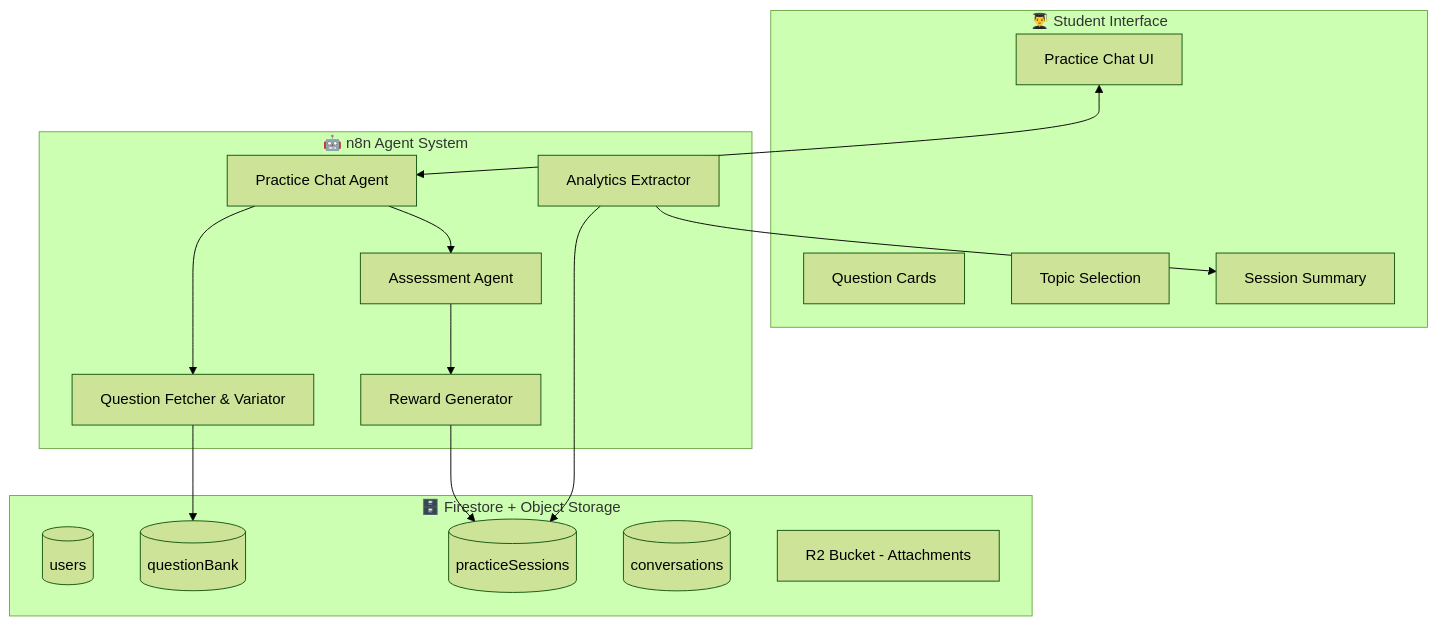
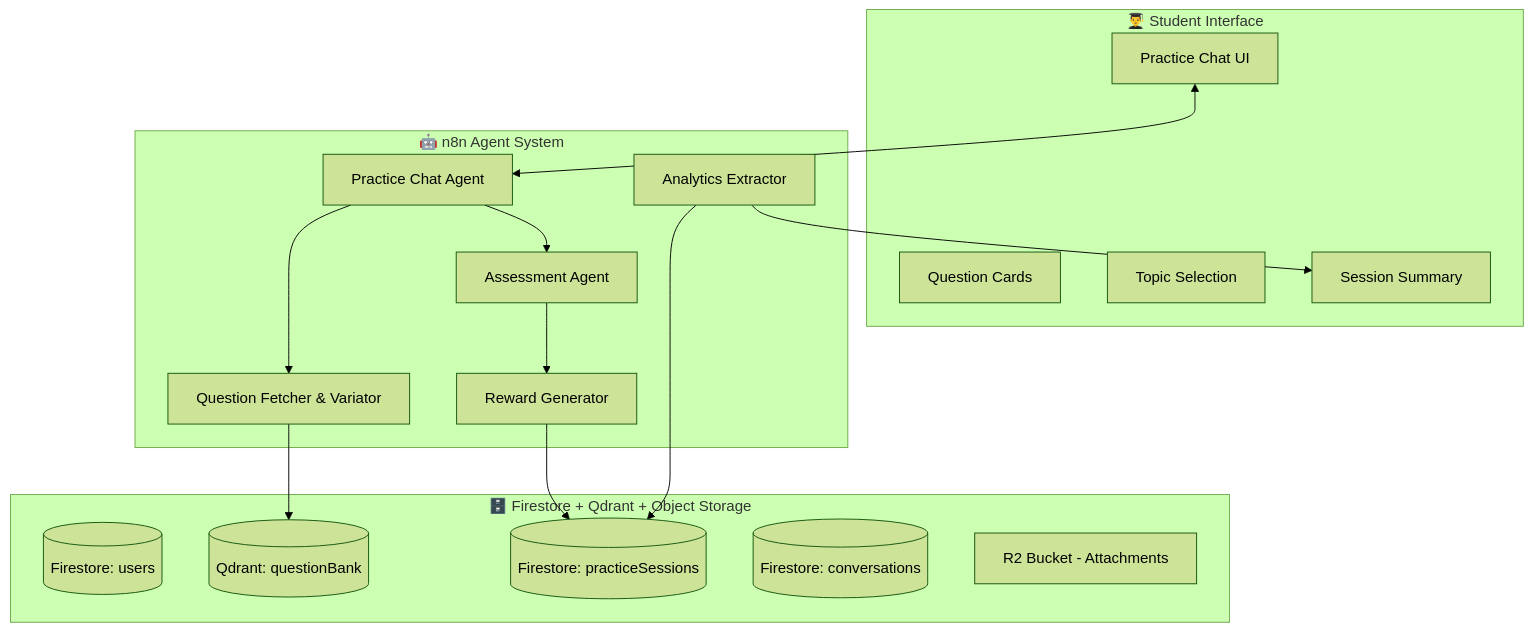
One commit to sam-cruzz/knowledgehunt changed the first of 9 diagrams in README.md. Above: the diagram before and after it, drawn with Mermaid (forest theme). The commit also changed other lines of this file, not shown here.

First line of the commit message:
Integrate Qdrant for question storage and retrieval

````diff
--- a/README.md
+++ b/README.md
@@ -23,34 +23,34 @@
 ```mermaid
 flowchart TB
     subgraph Student["👨‍🎓 Student Interface"]
         S1[Practice Chat UI]
         S2[Question Cards]
         S3[Topic Selection]
         S4[Session Summary]
     end
 
     subgraph Agents["🤖 n8n Agent System"]
         A1[Practice Chat Agent]
         A2[Question Fetcher & Variator]
         A3[Assessment Agent]
         A4[Reward Generator]
         A5[Analytics Extractor]
     end
 
-    subgraph Storage["🗄️ Firestore + Object Storage"]
-        DB1[(users)]
-        DB2[(practiceSessions)]
-        DB3[(questionBank)]
-        DB4[(conversations)]
+    subgraph Storage["🗄️ Firestore + Qdrant + Object Storage"]
+        DB1[(Firestore: users)]
+        DB2[(Firestore: practiceSessions)]
+        DB3[(Qdrant: questionBank)]
+        DB4[(Firestore: conversations)]
         DB5[R2 Bucket - Attachments]
     end
 
     S1 <--> A1
     A1 --> A2
     A2 --> DB3
     A1 --> A3
     A3 --> A4
     A4 --> DB2
     A5 --> DB2
     A5 --> S4
 ```
````
